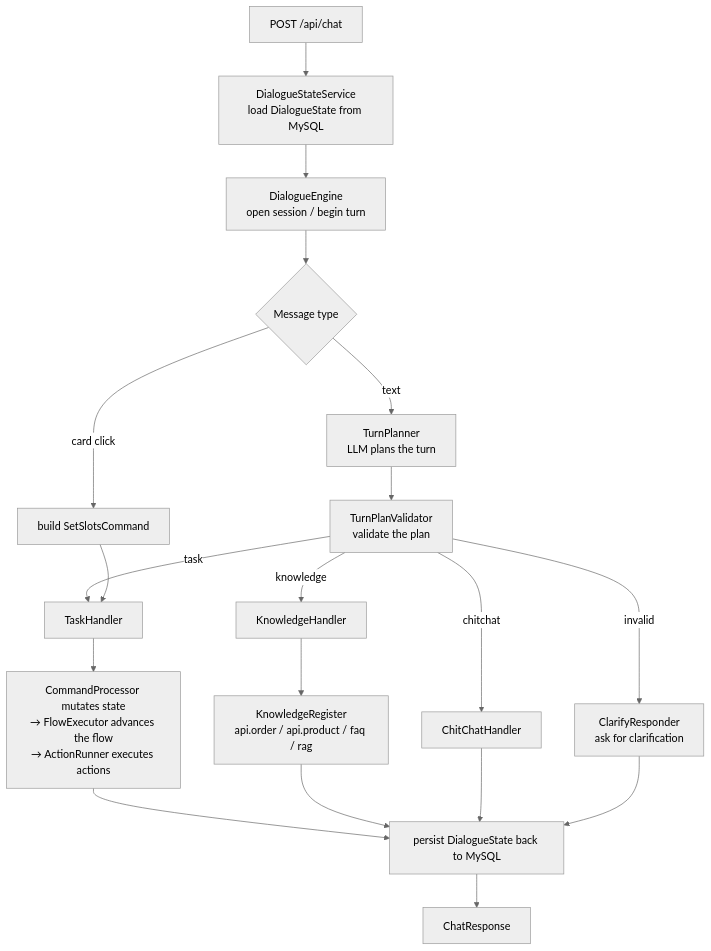
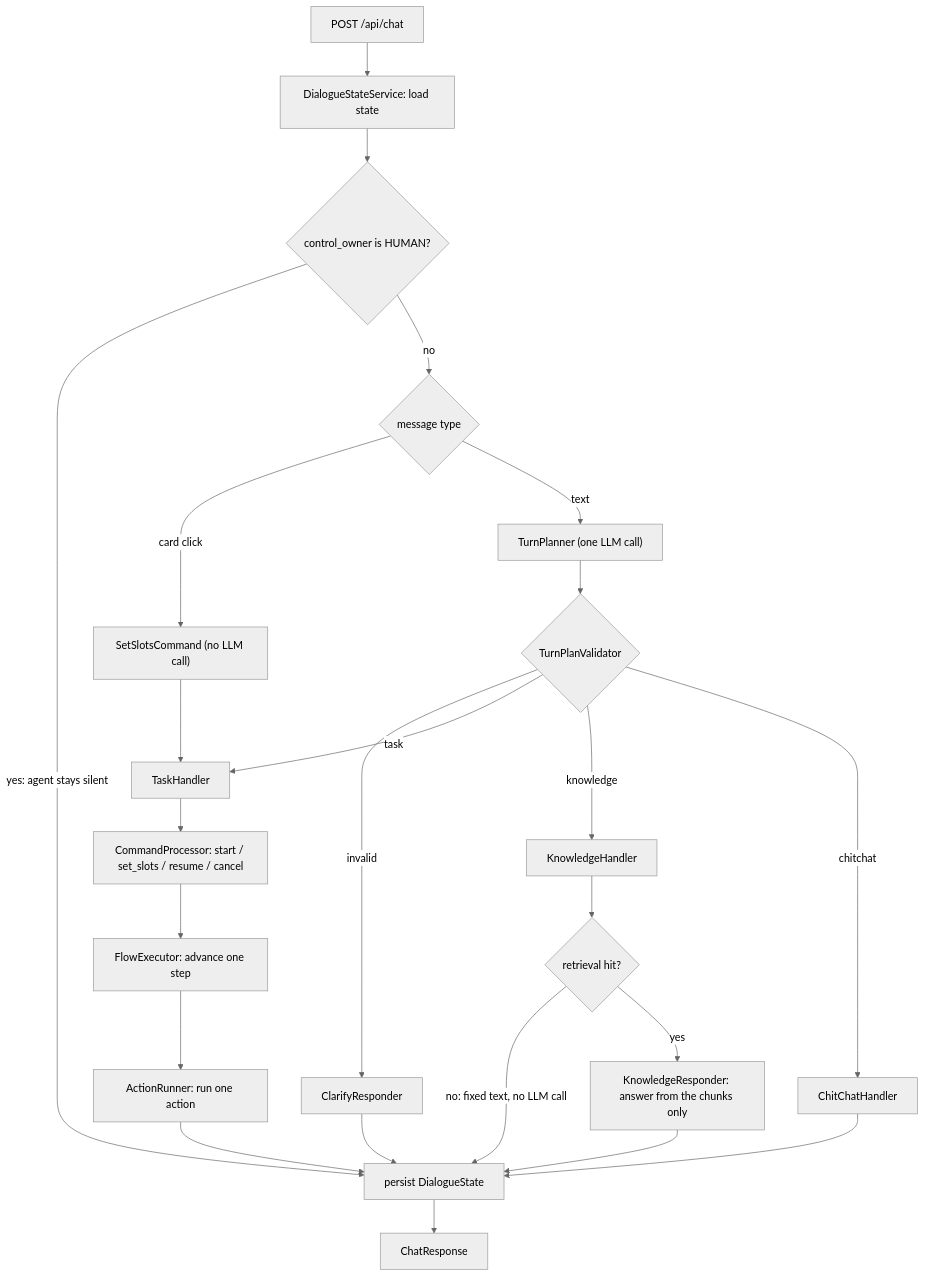
One commit to entingwu/BusinessAgent changed the diagram in README.md. Above: the diagram before and after it, drawn with Mermaid (neutral theme). The commit also changed other lines of this file, not shown here.

Commit message:
docs(readme): 架构图重画并补三条真实性质；修正两处会让人白试的错误
## 架构图

原图有两个问题。一是把任务轨的三个组件（CommandProcessor / FlowExecutor /
ActionRunner）塞进一个节点，恰恰把最复杂的部分藏了起来；二是漏掉接管门闸——
而那条门闸在规划之前（dialogue_engine.py:73），人工接管后连意图识别都不跑，
是验收第 8 条成立的原因。

重画后补上门闸、把任务轨拆成三步、并画出「检索未命中直接返回不进 LLM」。
同时去掉全部 <br/>：它是跨渲染器差异最大的一处，有些渲染器会把标签当字面文本
显示出来，那正是「图显示不正常」的样子。现在整图纯 ASCII、无 HTML 标签。

图下补三条性质，都是决定而非巧合：门闸先于规划、卡片点击不调 LLM、
未命中在建立 LLM chain 之前就返回常量——不编造是控制流保证的，不是提示词措辞。

## 两处会让人白试的错误

- 子代理表写的是 `frontend-cleanup`，实际文件是 `frontend`。照着 README 输入
  会得到「找不到」。职责描述也过期了（早已不是「删除清理」）。
- API 表少了 `GET /api/session/state` 与 `POST /api/handoff`。README 的能力表
  一直在宣称人工接管，却没写它的入口。

## 目录树补齐

漏了 handoff/（README 刚重点描述的那个能力）、chat_history/、test/、
observability.py，以及四个顶层目录：knowledge_source/（检索语料）、
knowledge_eval/（校准集）、knowledge_store/（本地索引，gitignored）、
scripts/（README 自己引用的那个切换脚本就在里面）。逐条核对过每一项都真实存在。

## 补两条多会话协作纪律

都已经在这个仓里发生过：审计要跑在钉住提交的独立工作区（被打断的审计产出的是
一份看起来完全正常的错报告）；.env 是磁盘共享而分支不是，落后 main 的分支会
因为 extra='forbid' 在导入期崩溃，读起来像代码坏了——修法是 rebase 不是改 .env；
杀进程按端口不按模式，pkill -f 会杀掉同事的后端。

````diff
--- a/README.md
+++ b/README.md
@@ -167,21 +171,30 @@
 ```mermaid
 flowchart TD
-    A["POST /api/chat"] --> B["DialogueStateService<br/>load DialogueState from MySQL"]
-    B --> C["DialogueEngine<br/>open session / begin turn"]
-    C --> D{"Message type"}
-    D -->|text| E["TurnPlanner<br/>LLM plans the turn"]
-    D -->|card click| F["build SetSlotsCommand"]
-    E --> G["TurnPlanValidator<br/>validate the plan"]
-    G -->|invalid| H["ClarifyResponder<br/>ask for clarification"]
+    A["POST /api/chat"] --> B["DialogueStateService: load state"]
+    B --> C{"control_owner is HUMAN?"}
+    C -->|"yes: agent stays silent"| Z["persist DialogueState"]
+    C -->|no| D{"message type"}
+
+    D -->|"card click"| F["SetSlotsCommand (no LLM call)"]
+    D -->|text| E["TurnPlanner (one LLM call)"]
+    E --> G{"TurnPlanValidator"}
+    G -->|invalid| H["ClarifyResponder"]
     G -->|task| I["TaskHandler"]
     G -->|knowledge| J["KnowledgeHandler"]
     G -->|chitchat| K["ChitChatHandler"]
     F --> I
-    I --> L["CommandProcessor mutates state<br/>→ FlowExecutor advances the flow<br/>→ ActionRunner executes actions"]
-    J --> M["KnowledgeRegister<br/>api.order / api.product / faq / rag"]
-    L --> N["persist DialogueState back to MySQL"]
-    M --> N
-    K --> N
-    H --> N
-    N --> O["ChatResponse"]
+
+    I --> I1["CommandProcessor: start / set_slots / resume / cancel"]
+    I1 --> I2["FlowExecutor: advance one step"]
+    I2 --> I3["ActionRunner: run one action"]
+
+    J --> J1{"retrieval hit?"}
+    J1 -->|"no: fixed text, no LLM call"| Z
+    J1 -->|yes| J2["KnowledgeResponder: answer from the chunks only"]
+
+    I3 --> Z
+    J2 --> Z
+    K --> Z
+    H --> Z
+    Z --> Y["ChatResponse"]
 ```
````
